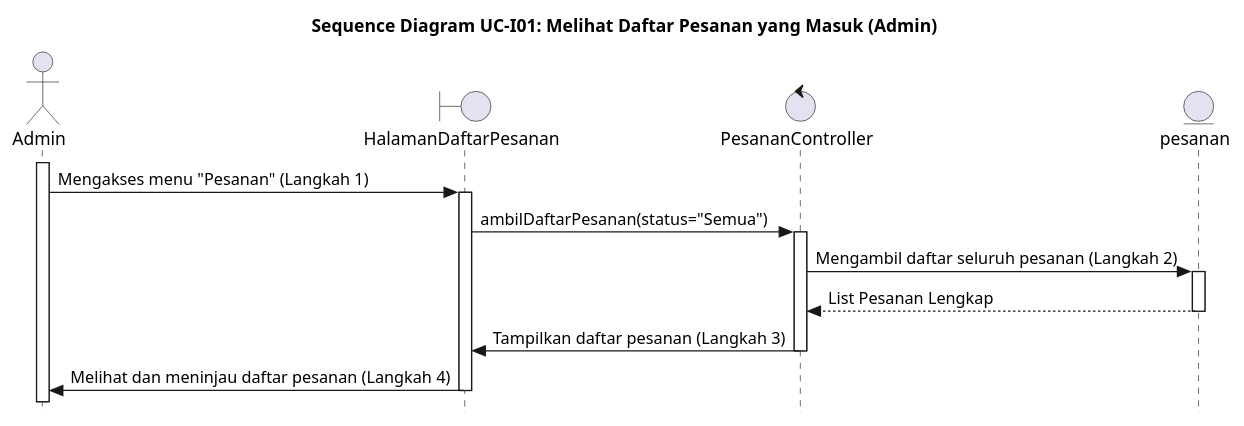
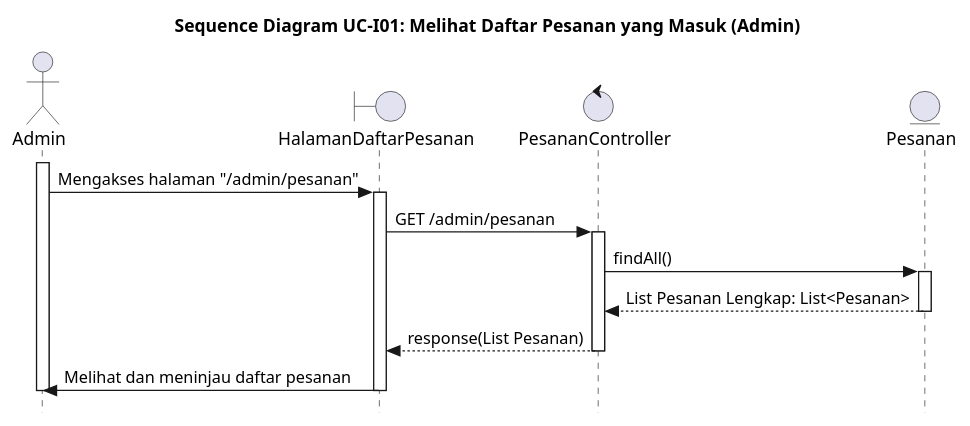
The diagram in UC-I01.PUML (alfiahnurfa/RSI-PROYEK-AKHIR-SEQUENCE), drawn with PlantUML before and after one commit. The commit also changed 60 other files, not shown here.

```diff
--- a/UC-I01.PUML
+++ b/UC-I01.PUML
@@ -1,51 +1,29 @@
 @startuml SD-UC-I01_MelihatDaftarPesananAdmin
 title Sequence Diagram UC-I01: Melihat Daftar Pesanan yang Masuk (Admin)
 skinparam style strictuml
 
 actor Admin
 boundary HalamanDaftarPesanan
 control PesananController
-entity pesanan
-' box "Sistem Manajemen Pesanan"
-'     participant HalamanDaftarPesanan
-'     participant PesananController
-' end box
+entity Pesanan
 
 activate Admin
-Admin -> HalamanDaftarPesanan : Mengakses menu "Pesanan" (Langkah 1)
+Admin -> HalamanDaftarPesanan : Mengakses halaman "/admin/pesanan"
 activate HalamanDaftarPesanan
 
-HalamanDaftarPesanan -> PesananController : ambilDaftarPesanan(status="Semua")
+HalamanDaftarPesanan -> PesananController : GET /admin/pesanan
 activate PesananController
-PesananController -> pesanan : Mengambil daftar seluruh pesanan (Langkah 2)
-activate pesanan
-return List Pesanan Lengkap
-deactivate pesanan
 
-PesananController -> HalamanDaftarPesanan : Tampilkan daftar pesanan (Langkah 3)
+PesananController -> Pesanan : findAll()
+activate Pesanan
+Pesanan --> PesananController : List Pesanan Lengkap: List<Pesanan>
+deactivate Pesanan
+
+PesananController --> HalamanDaftarPesanan : response(List Pesanan)
 deactivate PesananController
-HalamanDaftarPesanan -> Admin : Melihat dan meninjau daftar pesanan (Langkah 4)
 
-' alt Melihat Daftar Keseluruhan (Main Flow)
-
-    
-' else Menggunakan Filter Status (Alternative Flow 1.a)
-'     Admin -> HalamanDaftarPesanan : Memilih tab status pesanan (e.g., "Selesai") (Langkah 1.a)
-
-'     HalamanDaftarPesanan -> PesananController : ambilDaftarPesanan(status_filter)
-'     activate PesananController
-    
-'     PesananController -> pesanan : Query database untuk status yang dipilih (Langkah 2.a)
-'     activate pesanan
-'     return List Pesanan Terfilter
-'     deactivate pesanan
-
-'     PesananController -> HalamanDaftarPesanan : Muat ulang tabel dengan daftar terfilter (Langkah 3.a)
-'     deactivate PesananController
-
-'     HalamanDaftarPesanan -> Admin : Melihat dan meninjau daftar pesanan terfilter (Langkah 4)
-' end alt
-
+HalamanDaftarPesanan -> Admin : Melihat dan meninjau daftar pesanan
 deactivate HalamanDaftarPesanan
+deactivate Admin
 
 @enduml
```
